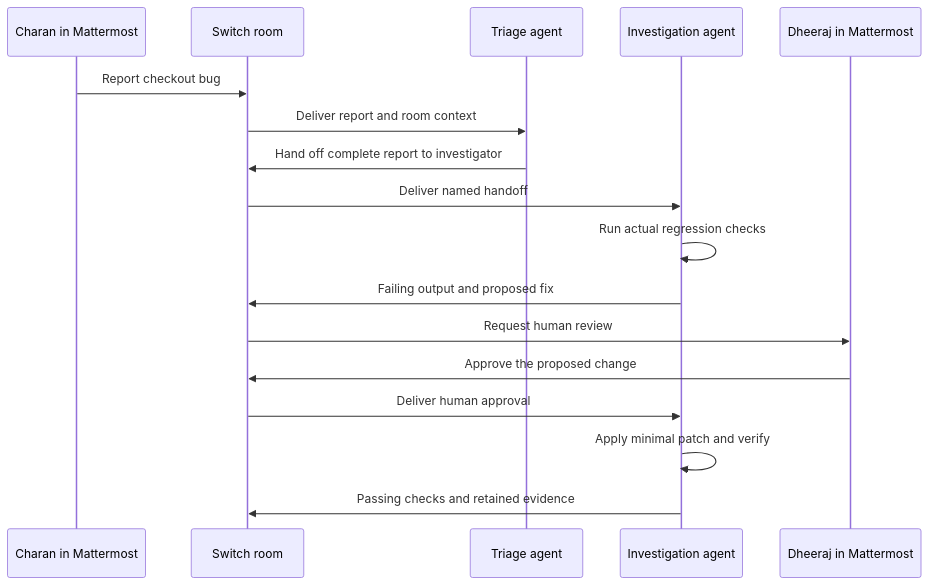
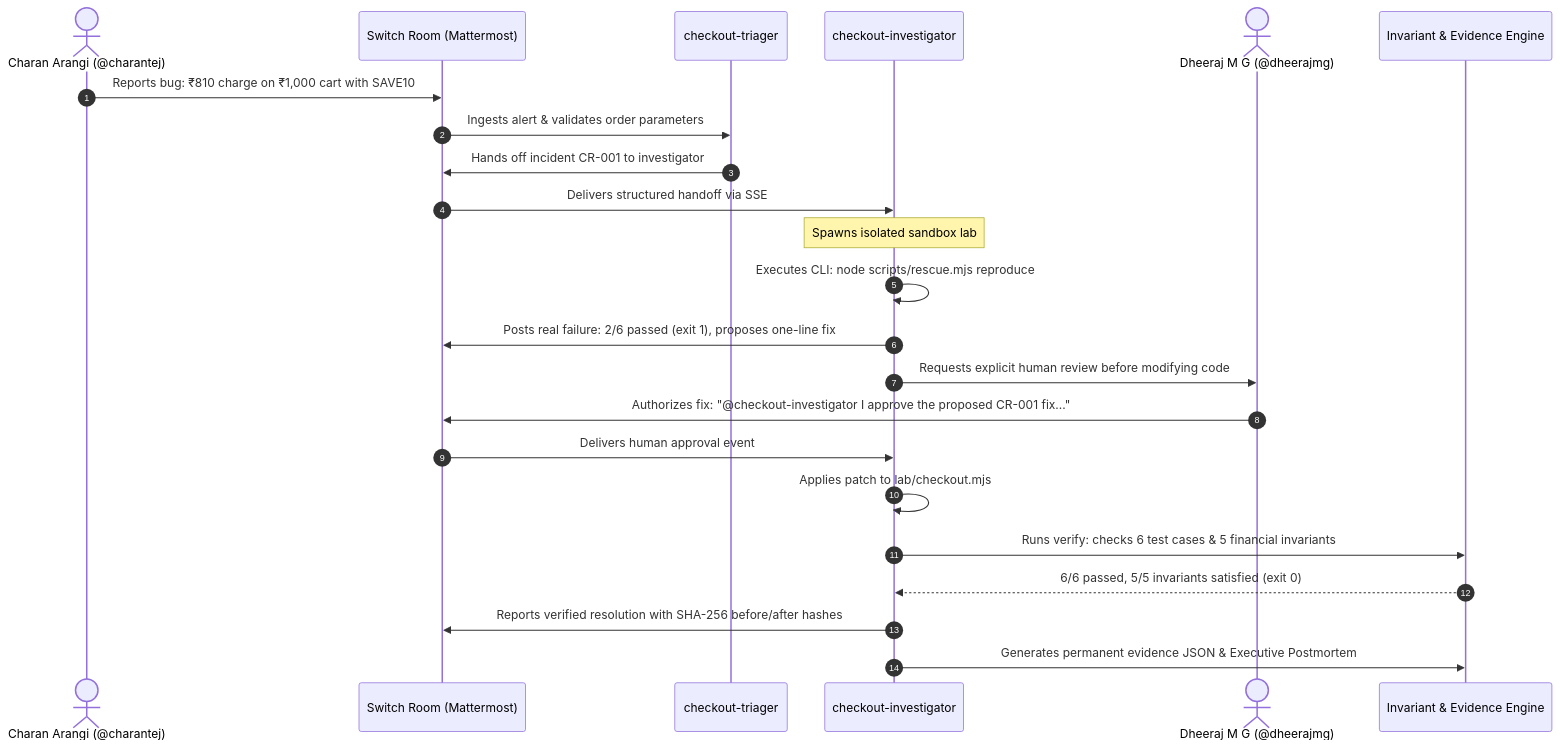
The diagram in README.md (DheerajMG-Bng/checkout-rescue), drawn with Mermaid before and after one commit. The commit also changed other lines of this file and 10 other files, not shown here.

Commit message:
Upgrade to Enterprise Incident Auto-Remediation with Financial Invariant Engine, Cyber Command Center, and Postmortem Generator

````diff
--- a/README.md
+++ b/README.md
@@ -23,19 +37,26 @@
 ```mermaid
 sequenceDiagram
-    participant C as Charan in Mattermost
-    participant S as Switch room
-    participant T as Triage agent
-    participant I as Investigation agent
-    participant D as Dheeraj in Mattermost
-    C->>S: Report checkout bug
-    S->>T: Deliver report and room context
-    T->>S: Hand off complete report to investigator
-    S->>I: Deliver named handoff
-    I->>I: Run actual regression checks
-    I->>S: Failing output and proposed fix
-    S->>D: Request human review
-    D->>S: Approve the proposed change
-    S->>I: Deliver human approval
-    I->>I: Apply minimal patch and verify
-    I->>S: Passing checks and retained evidence
+    autonumber
+    actor C as Charan Arangi (@charantej)
+    participant S as Switch Room (Mattermost)
+    participant T as checkout-triager
+    participant I as checkout-investigator
+    actor D as Dheeraj M G (@dheerajmg)
+    participant V as Invariant & Evidence Engine
+
+    C->>S: Reports bug: ₹810 charge on ₹1,000 cart with SAVE10
+    S->>T: Ingests alert & validates order parameters
+    T->>S: Hands off incident CR-001 to investigator
+    S->>I: Delivers structured handoff via SSE
+    Note over I: Spawns isolated sandbox lab
+    I->>I: Executes CLI: node scripts/rescue.mjs reproduce
+    I->>S: Posts real failure: 2/6 passed (exit 1), proposes one-line fix
+    I->>D: Requests explicit human review before modifying code
+    D->>S: Authorizes fix: "@checkout-investigator I approve the proposed CR-001 fix..."
+    S->>I: Delivers human approval event
+    I->>I: Applies patch to lab/checkout.mjs
+    I->>V: Runs verify: checks 6 test cases & 5 financial invariants
+    V-->>I: 6/6 passed, 5/5 invariants satisfied (exit 0)
+    I->>S: Reports verified resolution with SHA-256 before/after hashes
+    I->>V: Generates permanent evidence JSON & Executive Postmortem
 ```
````
